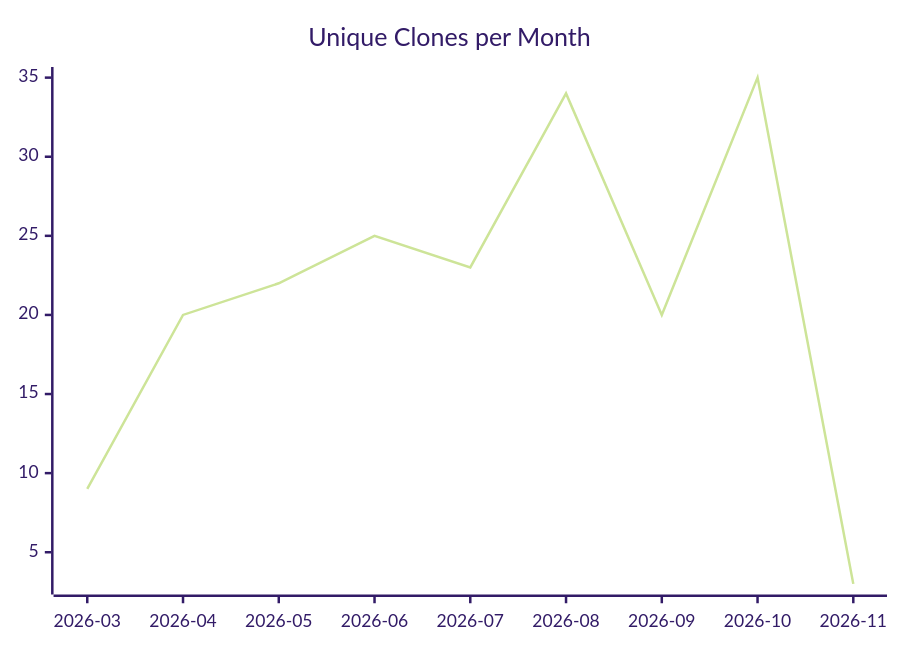
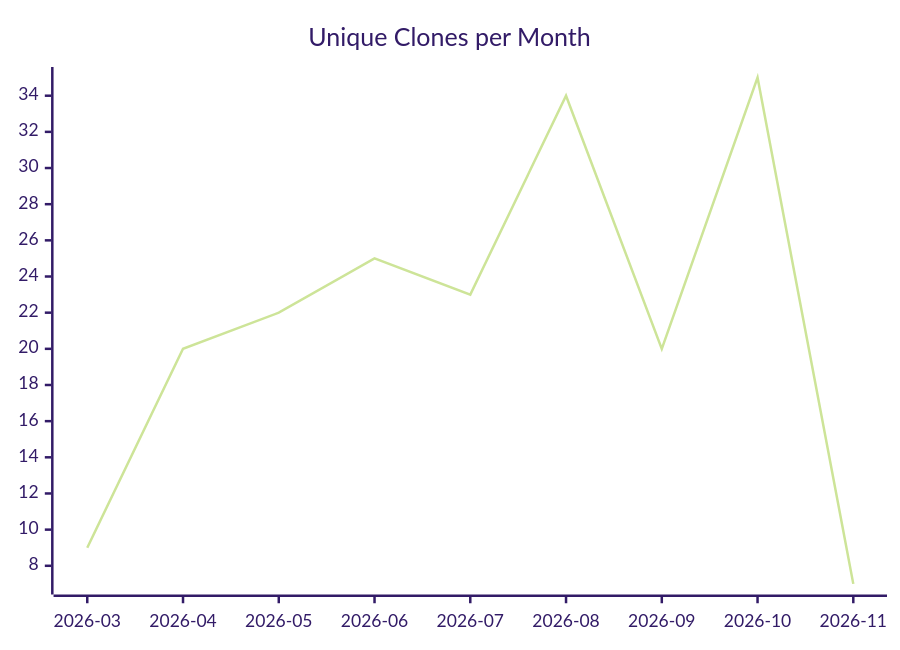
Before and after one commit to justdavis-family/github-analytics-data: the third of 3 diagrams in karlmdavis/kxml2/README.md, drawn with Mermaid (forest theme). The commit also changed other lines of this file and 193 other files, not shown here.

````diff
--- a/karlmdavis/kxml2/README.md
+++ b/karlmdavis/kxml2/README.md
@@ -19,6 +19,6 @@
 ```mermaid
 xychart-beta
   title "Unique Clones per Month"
   x-axis ["2026-03", "2026-04", "2026-05", "2026-06", "2026-07", "2026-08", "2026-09", "2026-10", "2026-11"]
-  line [9, 20, 22, 25, 23, 34, 20, 35, 3]
+  line [9, 20, 22, 25, 23, 34, 20, 35, 7]
 ```
````
